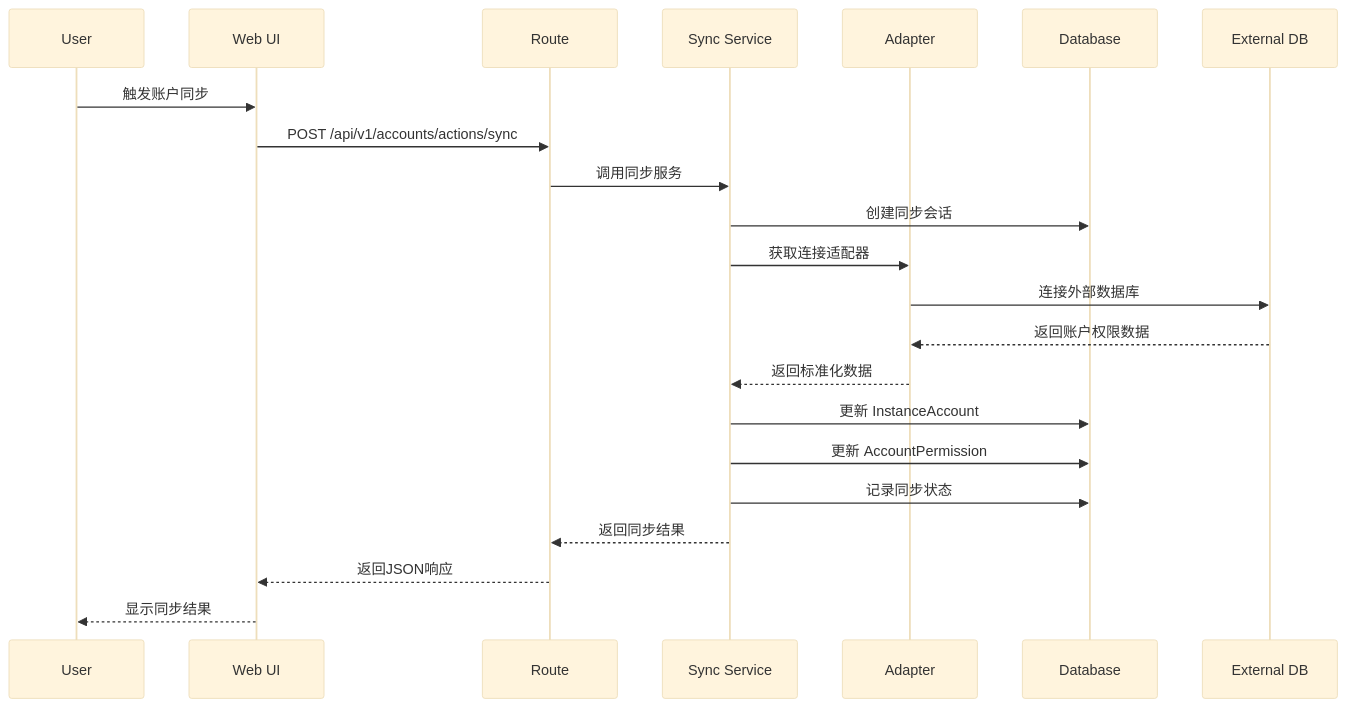
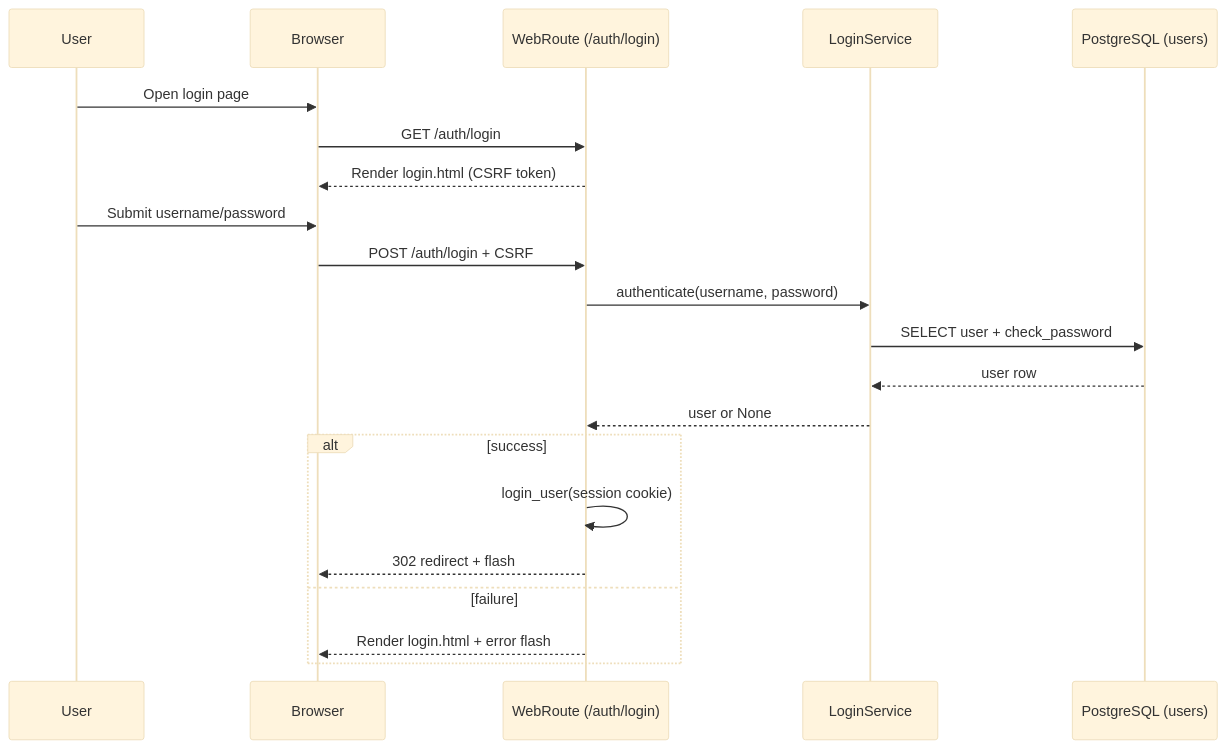
One commit to nyealovey/WhaleFall changed the fourth of 11 diagrams in docs/Obsidian/architecture/spec.md. Above: the diagram before and after it, drawn with Mermaid (base theme). The commit also changed other lines of this file and 23 other files, not shown here.

````diff
--- a/docs/Obsidian/architecture/spec.md
+++ b/docs/Obsidian/architecture/spec.md
@@ -439,25 +188,26 @@
 ```mermaid
 sequenceDiagram
     participant U as User
-    participant W as Web UI
-    participant R as Route
-    participant S as Sync Service
-    participant A as Adapter
-    participant D as Database
-    participant E as External DB
+    participant B as Browser
+    participant R as WebRoute (/auth/login)
+    participant S as LoginService
+    participant DB as PostgreSQL (users)
 
-    U->>W: 触发账户同步
-    W->>R: POST /api/v1/accounts/actions/sync
-    R->>S: 调用同步服务
-    S->>D: 创建同步会话
-    S->>A: 获取连接适配器
-    A->>E: 连接外部数据库
-    E-->>A: 返回账户权限数据
-    A-->>S: 返回标准化数据
-    S->>D: 更新 InstanceAccount
-    S->>D: 更新 AccountPermission
-    S->>D: 记录同步状态
-    S-->>R: 返回同步结果
-    R-->>W: 返回JSON响应
-    W-->>U: 显示同步结果
+    U->>B: Open login page
+    B->>R: GET /auth/login
+    R-->>B: Render login.html (CSRF token)
+
+    U->>B: Submit username/password
+    B->>R: POST /auth/login + CSRF
+    R->>S: authenticate(username, password)
+    S->>DB: SELECT user + check_password
+    DB-->>S: user row
+    S-->>R: user or None
+
+    alt success
+        R->>R: login_user(session cookie)
+        R-->>B: 302 redirect + flash
+    else failure
+        R-->>B: Render login.html + error flash
+    end
 ```
````
